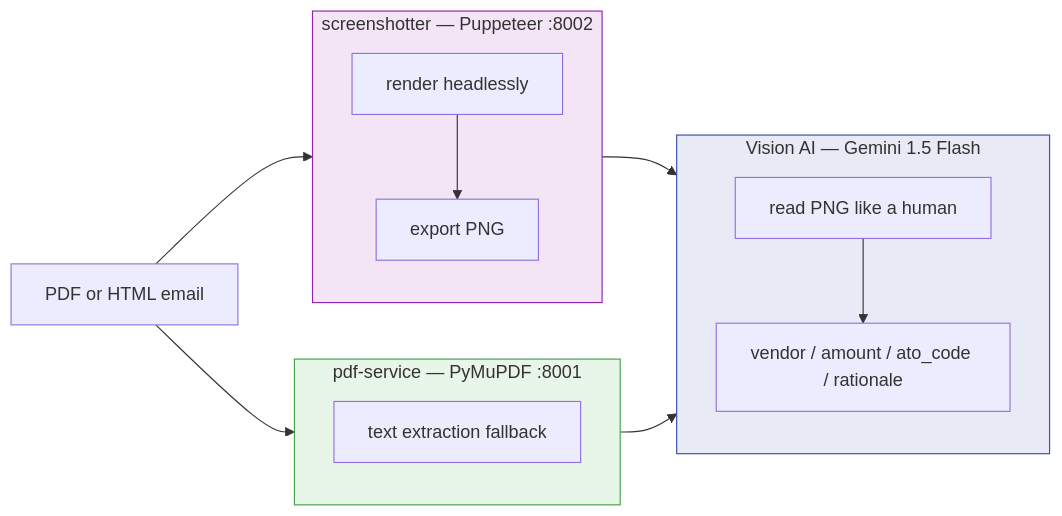
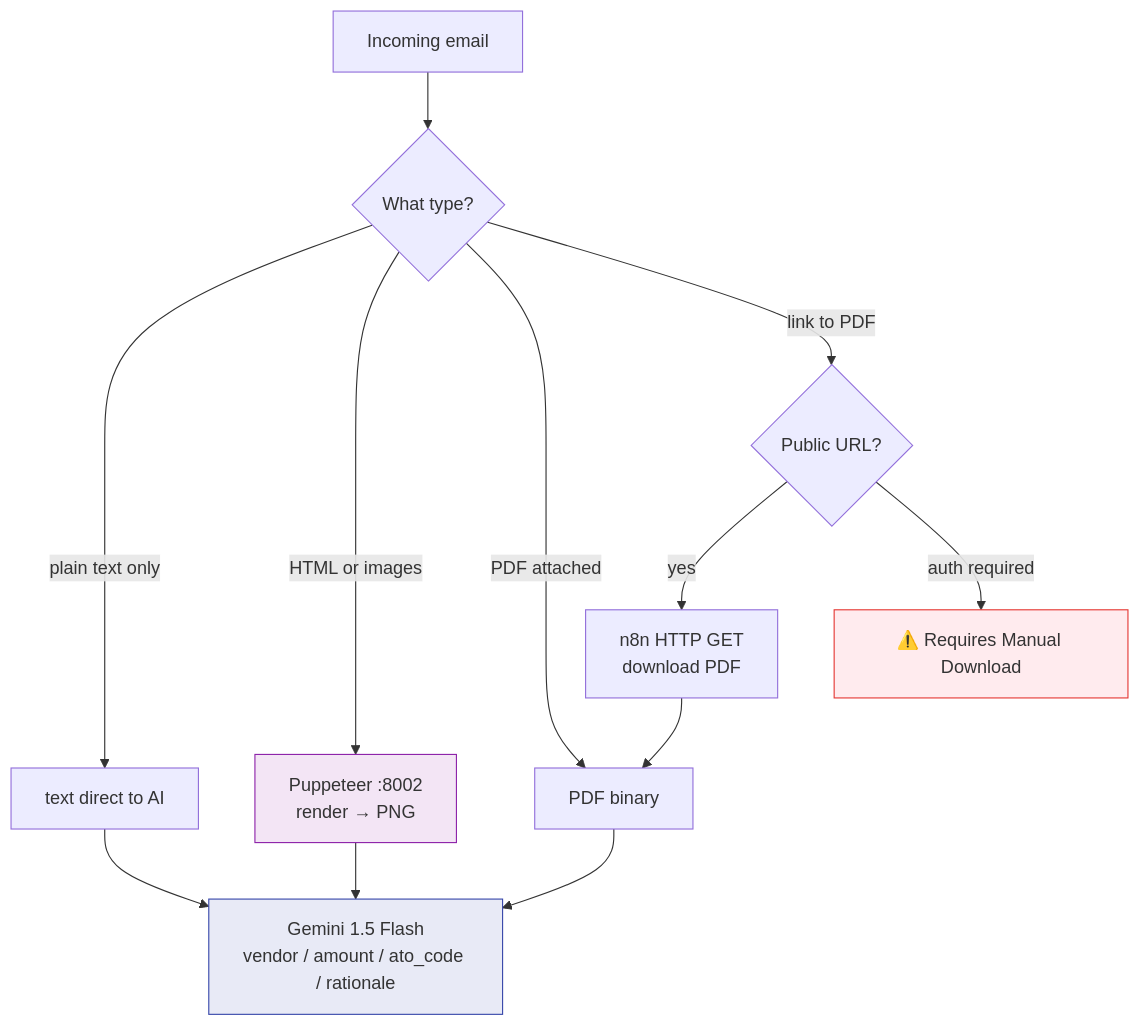
The diagram in ARCHITECTURE.md (gcloudan/tax-automation), drawn with Mermaid before and after one commit.

````diff
--- a/ARCHITECTURE.md
+++ b/ARCHITECTURE.md
@@ -10,23 +10,20 @@
 ```mermaid
-flowchart LR
-    A["PDF or HTML email"] --> B & C
+flowchart TD
+    A["Incoming email"] --> B{What type?}
 
-    subgraph B["screenshotter — Puppeteer :8002"]
-        B1["render headlessly"] --> B2["export PNG"]
-    end
+    B -->|plain text only| C["text direct to AI"]
+    B -->|HTML or images| D["Puppeteer :8002\nrender → PNG"]
+    B -->|PDF attached| E["PDF binary"]
+    B -->|link to PDF| F{Public URL?}
 
-    subgraph C["pdf-service — PyMuPDF :8001"]
-        C1["text extraction fallback"]
-    end
+    F -->|yes| G["n8n HTTP GET\ndownload PDF"] --> E
+    F -->|auth required| H["⚠️ Requires Manual Download"]
 
-    B --> D
-    C --> D
+    C --> I["Gemini 1.5 Flash\nvendor / amount / ato_code / rationale"]
+    D --> I
+    E --> I
 
-    subgraph D["Vision AI — Gemini 1.5 Flash"]
-        D1["read PNG like a human"] --> D2["vendor / amount / ato_code / rationale"]
-    end
-
-    style B fill:#f3e5f5,stroke:#8e24aa
-    style C fill:#e8f5e9,stroke:#43a047
-    style D fill:#e8eaf6,stroke:#3949ab
+    style D fill:#f3e5f5,stroke:#8e24aa
+    style I fill:#e8eaf6,stroke:#3949ab
+    style H fill:#ffebee,stroke:#e53935
 ```
````
